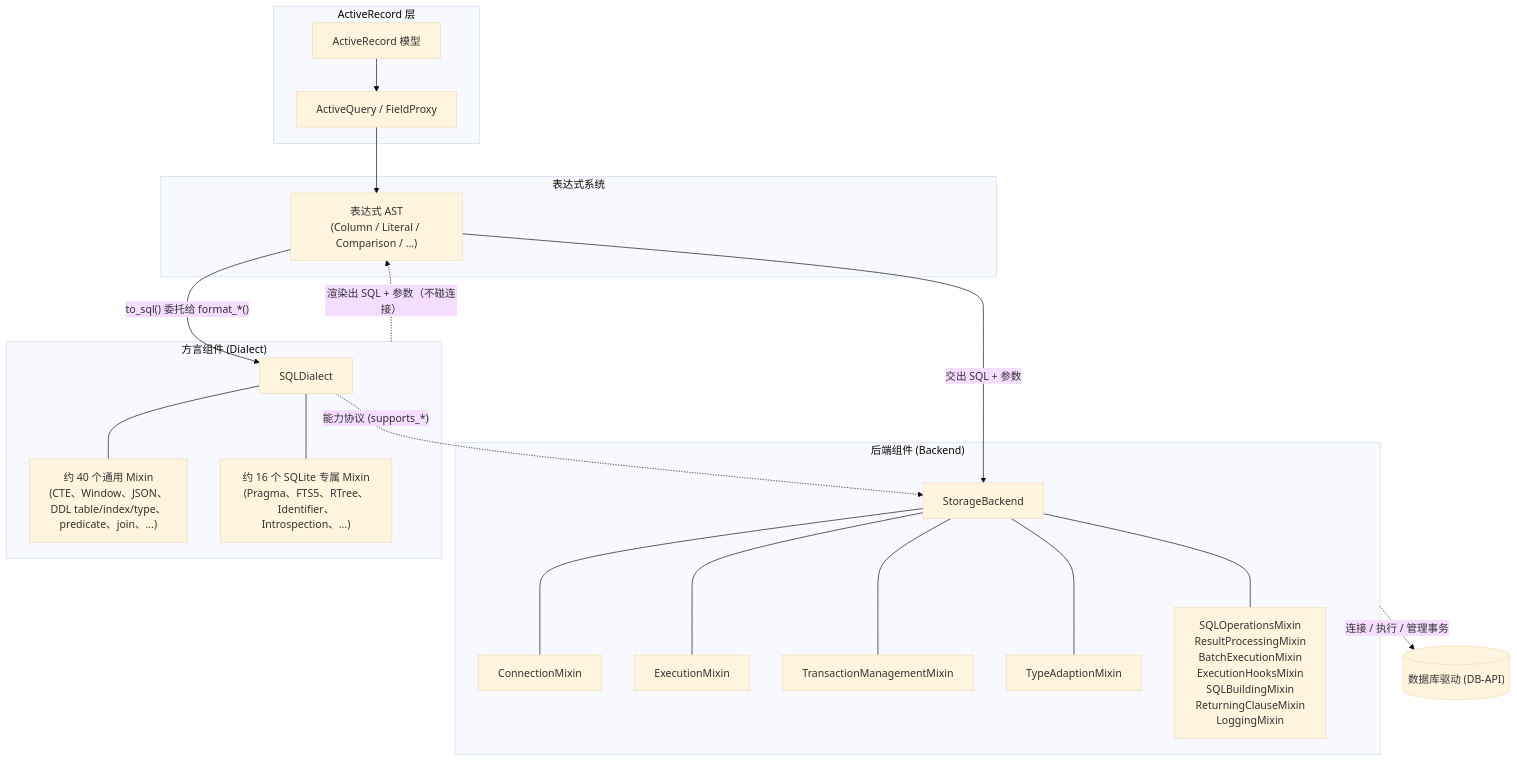
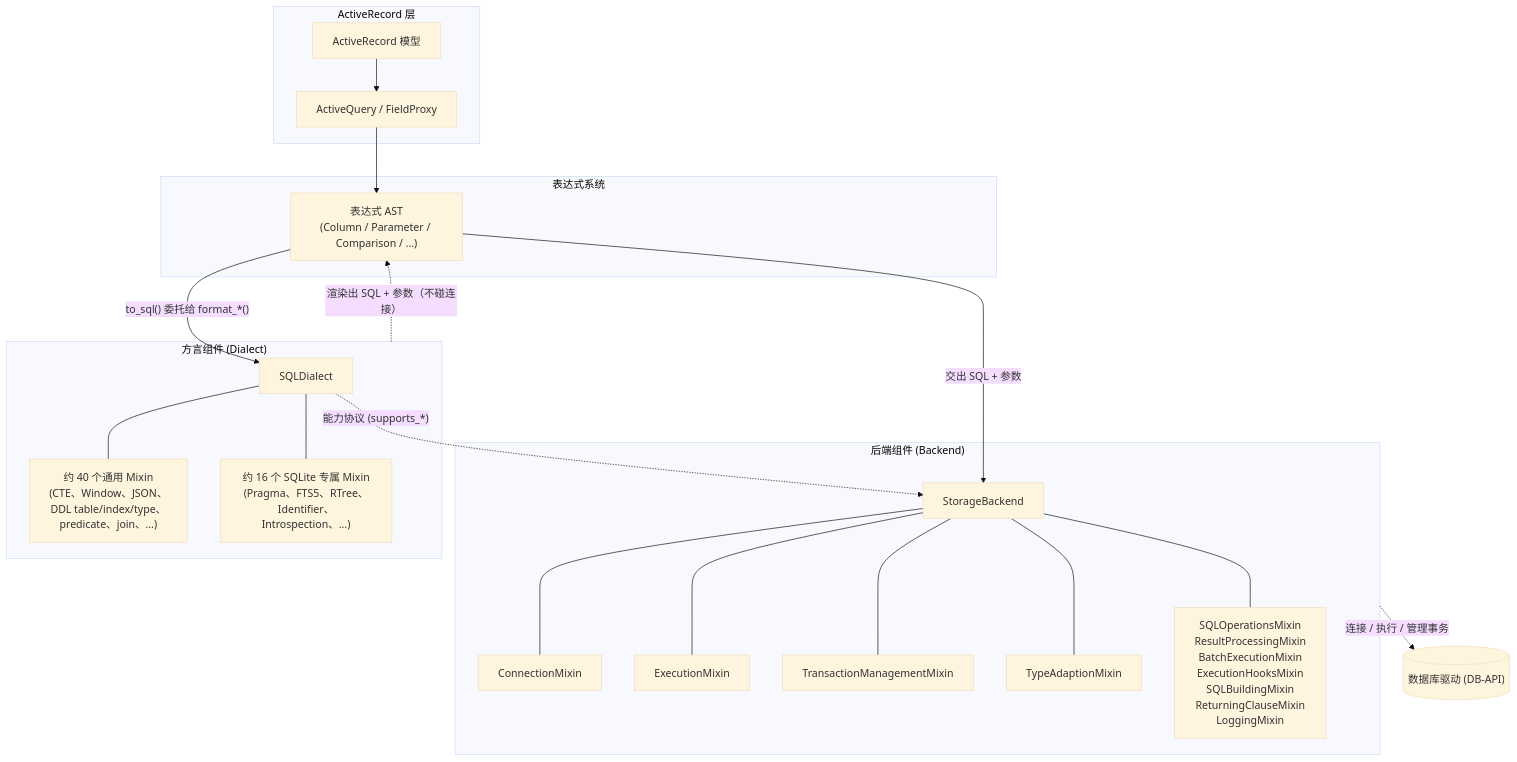
The first of 4 diagrams in docs/zh_CN/backend/architecture.md (rhosocial/python-activerecord), drawn with Mermaid (base theme) before and after one commit. The commit also changed other lines of this file and 292 other files, not shown here.

````diff
--- a/docs/zh_CN/backend/architecture.md
+++ b/docs/zh_CN/backend/architecture.md
@@ -12,34 +12,34 @@
 ```mermaid
 flowchart TB
     subgraph AR["ActiveRecord 层"]
         Model["ActiveRecord 模型"]
         Query["ActiveQuery / FieldProxy"]
     end
 
     subgraph BE["后端组件 (Backend)"]
         B["StorageBackend"]
         B --- BC["ConnectionMixin"]
         B --- BE1["ExecutionMixin"]
         B --- BT["TransactionManagementMixin"]
         B --- BA["TypeAdaptionMixin"]
         B --- BO["SQLOperationsMixin<br/>ResultProcessingMixin<br/>BatchExecutionMixin<br/>ExecutionHooksMixin<br/>SQLBuildingMixin<br/>ReturningClauseMixin<br/>LoggingMixin"]
     end
 
     subgraph DI["方言组件 (Dialect)"]
         D["SQLDialect"]
         D --- DM["约 40 个通用 Mixin<br/>(CTE、Window、JSON、<br/>DDL table/index/type、<br/>predicate、join、…)"]
         D --- DS["约 16 个 SQLite 专属 Mixin<br/>(Pragma、FTS5、RTree、<br/>Identifier、Introspection、…)"]
     end
 
     subgraph EX["表达式系统"]
-        E["表达式 AST<br/>(Column / Literal / Comparison / …)"]
+        E["表达式 AST<br/>(Column / Parameter / Comparison / …)"]
     end
 
     Model --> Query
     Query --> E
     E -->|"to_sql() 委托给 format_*()"| D
     DI -.->|"渲染出 SQL + 参数（不碰连接）"| E
     E -->|"交出 SQL + 参数"| B
     BE -.->|"连接 / 执行 / 管理事务"| DB[("数据库驱动 (DB-API)")]
     D -.->|"能力协议 (supports_*)"| B
 ```
````
